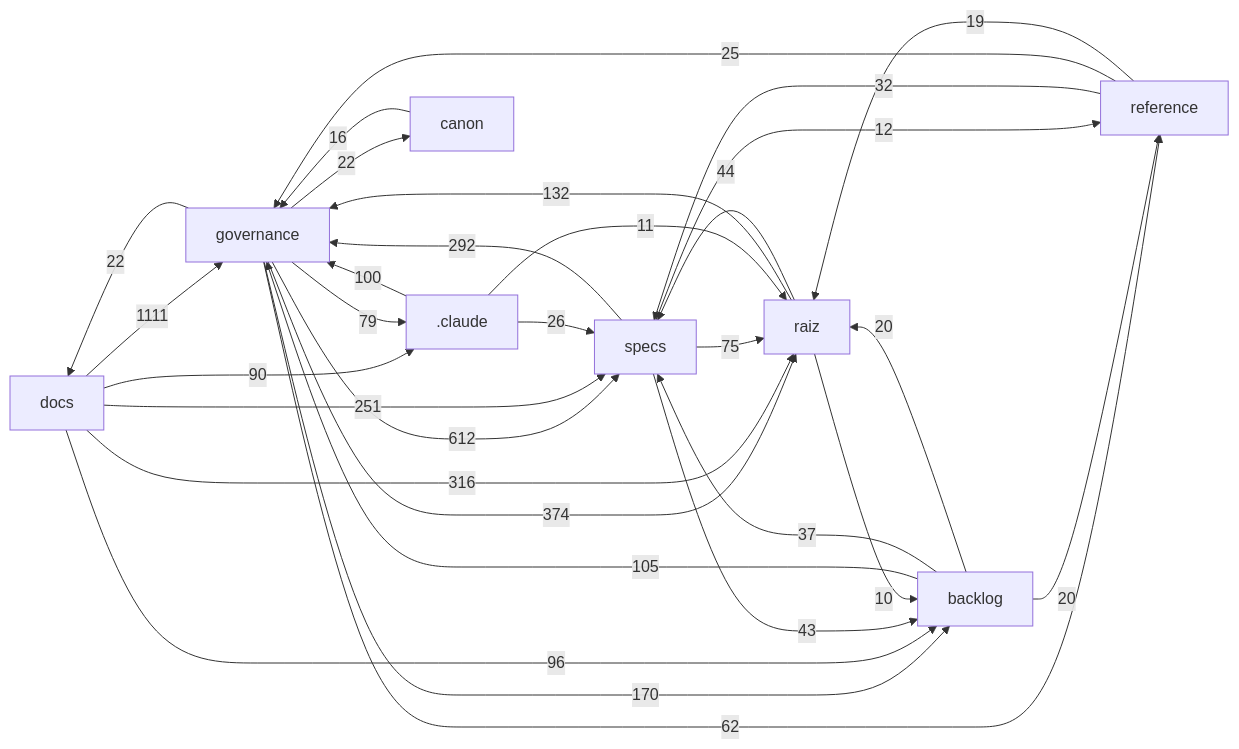
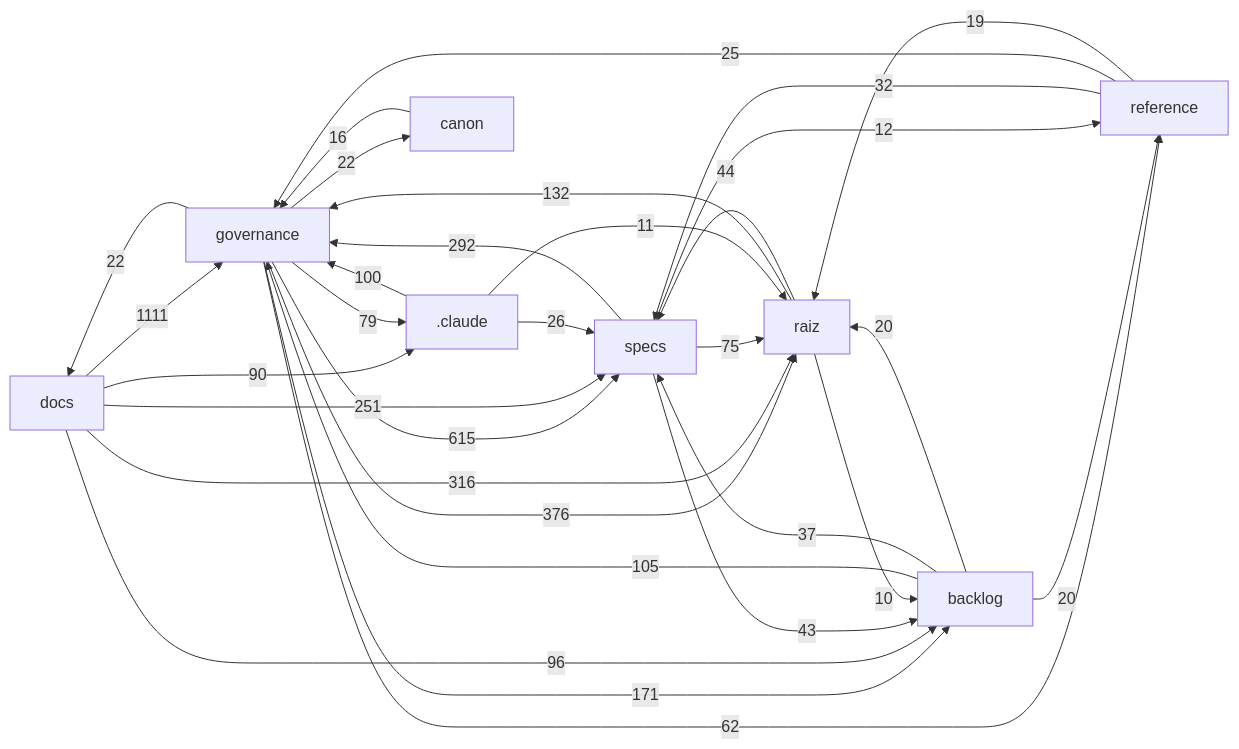
Before and after one commit to Andraus35/Sistema-Operacional-de-Trading--SOT: the diagram in docs/mapa/MAPA-PROJETO.md, drawn with Mermaid. The commit also changed other lines of this file and 3 other files, not shown here.

````diff
--- a/docs/mapa/MAPA-PROJETO.md
+++ b/docs/mapa/MAPA-PROJETO.md
@@ -29,33 +29,33 @@
 ```mermaid
 flowchart LR
   docs["docs"] -->|1111| governance["governance"]
-  governance["governance"] -->|612| specs["specs"]
-  governance["governance"] -->|374| raiz["raiz"]
+  governance["governance"] -->|615| specs["specs"]
+  governance["governance"] -->|376| raiz["raiz"]
   docs["docs"] -->|316| raiz["raiz"]
   specs["specs"] -->|292| governance["governance"]
   docs["docs"] -->|251| specs["specs"]
-  governance["governance"] -->|170| backlog["backlog"]
+  governance["governance"] -->|171| backlog["backlog"]
   raiz["raiz"] -->|132| governance["governance"]
   backlog["backlog"] -->|105| governance["governance"]
   _claude[".claude"] -->|100| governance["governance"]
   docs["docs"] -->|96| backlog["backlog"]
   docs["docs"] -->|90| _claude[".claude"]
   governance["governance"] -->|79| _claude[".claude"]
   specs["specs"] -->|75| raiz["raiz"]
   governance["governance"] -->|62| reference["reference"]
   raiz["raiz"] -->|44| specs["specs"]
   specs["specs"] -->|43| backlog["backlog"]
   backlog["backlog"] -->|37| specs["specs"]
   reference["reference"] -->|32| specs["specs"]
   _claude[".claude"] -->|26| specs["specs"]
   reference["reference"] -->|25| governance["governance"]
   governance["governance"] -->|22| docs["docs"]
   governance["governance"] -->|22| canon["canon"]
   backlog["backlog"] -->|20| raiz["raiz"]
   backlog["backlog"] -->|20| reference["reference"]
   reference["reference"] -->|19| raiz["raiz"]
   canon["canon"] -->|16| governance["governance"]
   specs["specs"] -->|12| reference["reference"]
   _claude[".claude"] -->|11| raiz["raiz"]
   raiz["raiz"] -->|10| backlog["backlog"]
 ```
````
